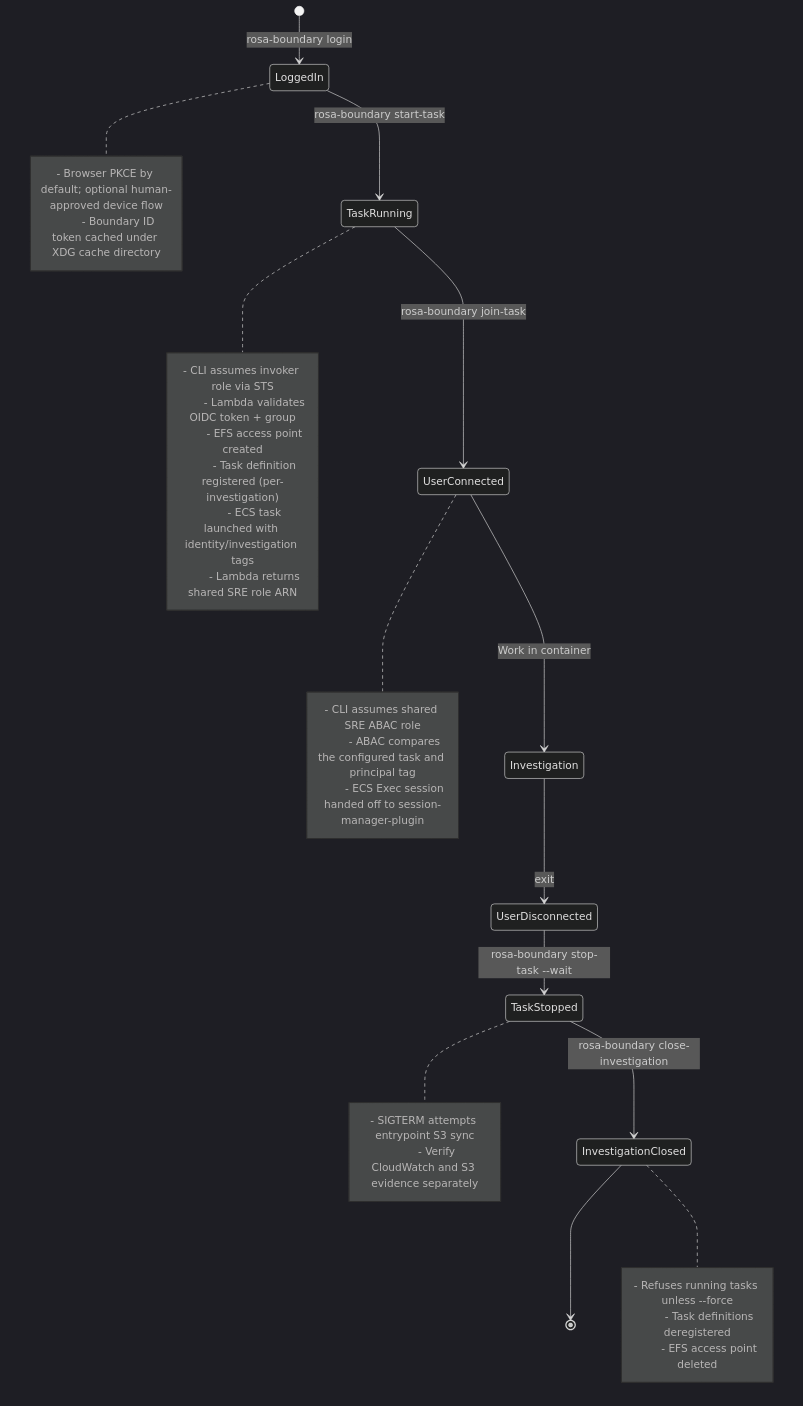
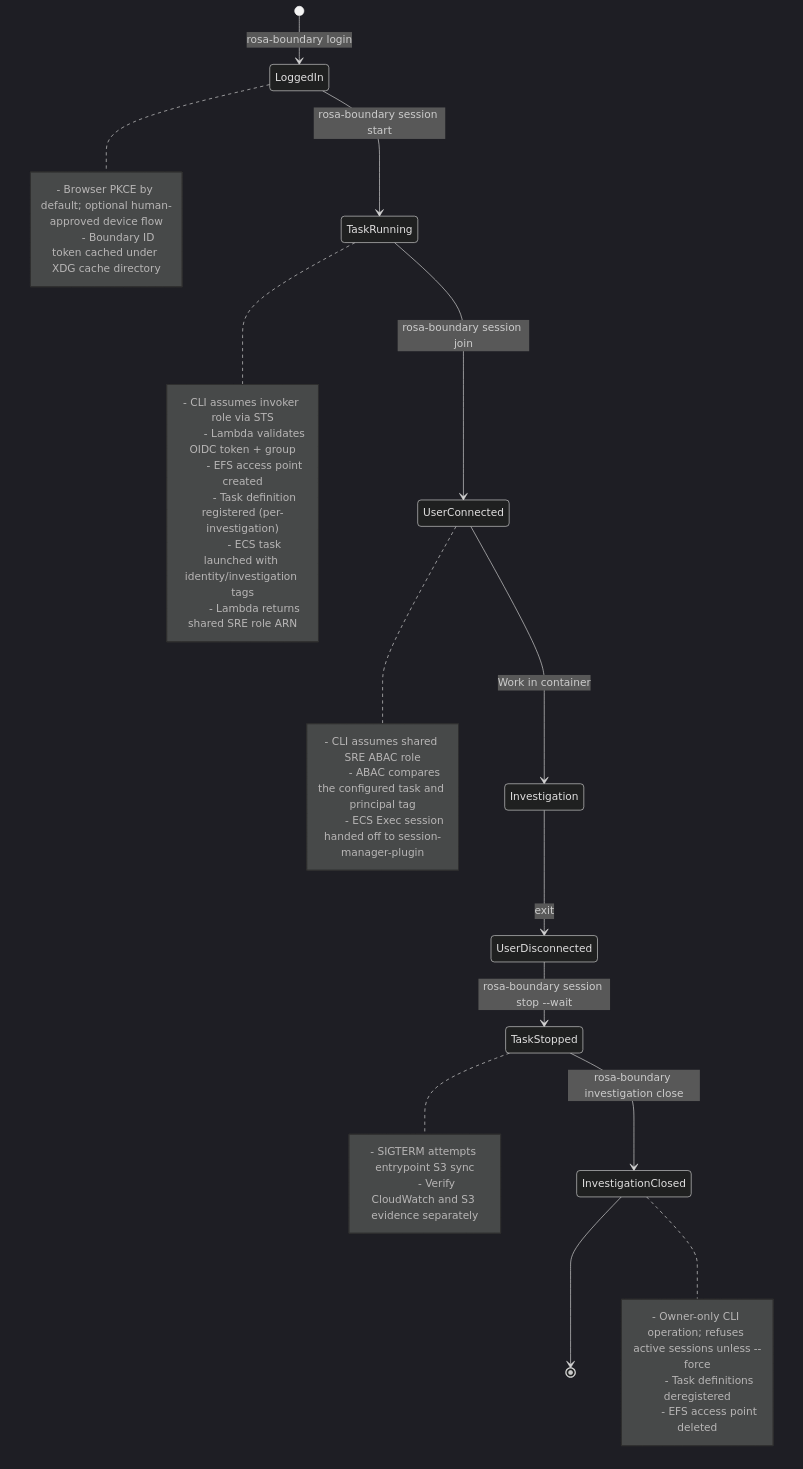
Before and after one commit to openshift-online/rosa-boundary: the diagram in docs/runbooks/investigation-workflow.md, drawn with Mermaid (dark theme). The commit also changed other lines of this file and 37 other files, not shown here.

Commit message:
feat(cli): add named-profile investigation and session commands

````diff
--- a/docs/runbooks/investigation-workflow.md
+++ b/docs/runbooks/investigation-workflow.md
@@ -15,42 +15,42 @@
 ```mermaid
 stateDiagram-v2
     [*] --> LoggedIn: rosa-boundary login
-    LoggedIn --> TaskRunning: rosa-boundary start-task
-    TaskRunning --> UserConnected: rosa-boundary join-task
+    LoggedIn --> TaskRunning: rosa-boundary session start
+    TaskRunning --> UserConnected: rosa-boundary session join
     UserConnected --> Investigation: Work in container
     Investigation --> UserDisconnected: exit
-    UserDisconnected --> TaskStopped: rosa-boundary stop-task --wait
-    TaskStopped --> InvestigationClosed: rosa-boundary close-investigation
+    UserDisconnected --> TaskStopped: rosa-boundary session stop --wait
+    TaskStopped --> InvestigationClosed: rosa-boundary investigation close
     InvestigationClosed --> [*]
 
     note right of LoggedIn
         - Browser PKCE by default; optional human-approved device flow
         - Boundary ID token cached under XDG cache directory
     end note
 
     note right of TaskRunning
         - CLI assumes invoker role via STS
         - Lambda validates OIDC token + group
         - EFS access point created
         - Task definition registered (per-investigation)
         - ECS task launched with identity/investigation tags
         - Lambda returns shared SRE role ARN
     end note
 
     note right of UserConnected
         - CLI assumes shared SRE ABAC role
         - ABAC compares the configured task and principal tag
         - ECS Exec session handed off to session-manager-plugin
     end note
 
     note right of TaskStopped
         - SIGTERM attempts entrypoint S3 sync
         - Verify CloudWatch and S3 evidence separately
     end note
 
     note right of InvestigationClosed
-        - Refuses running tasks unless --force
+        - Owner-only CLI operation; refuses active sessions unless --force
         - Task definitions deregistered
         - EFS access point deleted
     end note
 ```
````
